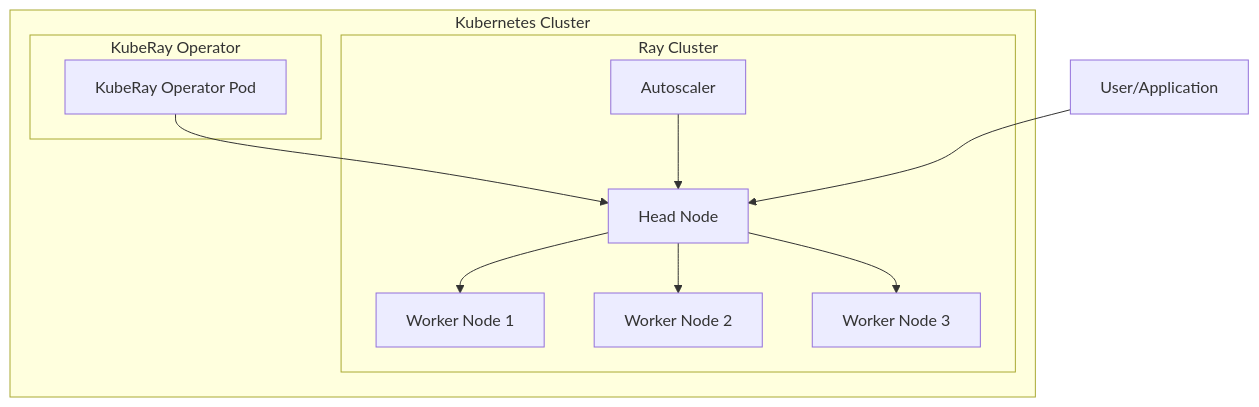
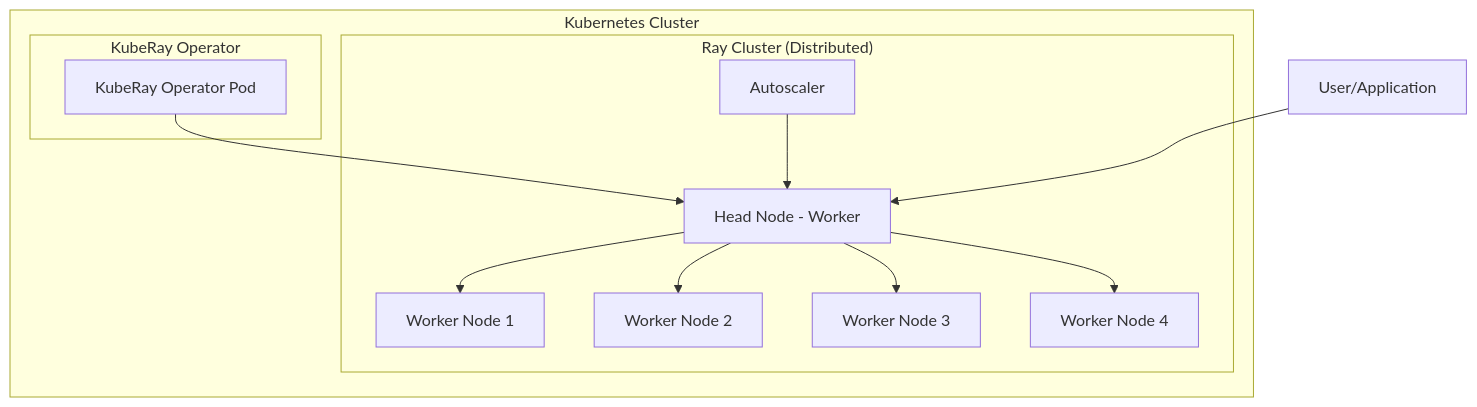
The first of 5 diagrams in kuberay/README.md (pavelkushtia/homelab_kubernetes), drawn with Mermaid before and after one commit. The commit also changed other lines of this file and 17 other files, not shown here.

````diff
--- a/kuberay/README.md
+++ b/kuberay/README.md
@@ -24,24 +24,26 @@
 ```mermaid
 graph TB
     subgraph "Kubernetes Cluster"
         subgraph "KubeRay Operator"
             KO[KubeRay Operator Pod]
         end
         
-        subgraph "Ray Cluster"
-            HN[Head Node]
+        subgraph "Ray Cluster (Distributed)"
+            HN[Head Node - Worker]
             WN1[Worker Node 1]
             WN2[Worker Node 2]
             WN3[Worker Node 3]
+            WN4[Worker Node 4]
             AS[Autoscaler]
         end
         
         KO --> HN
         HN --> WN1
         HN --> WN2
         HN --> WN3
+        HN --> WN4
         AS --> HN
     end
     
     User[User/Application] --> HN
 ```
````
